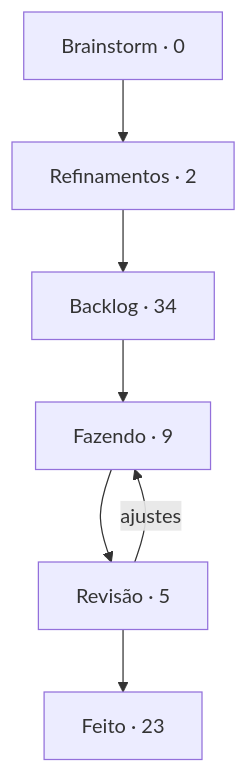
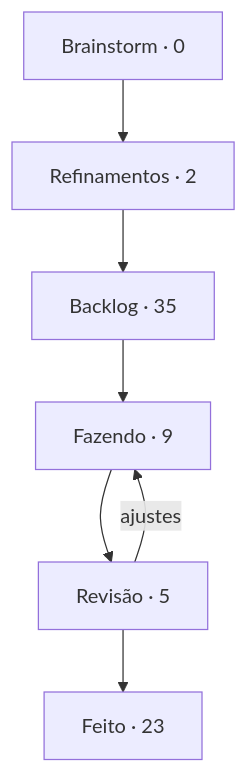
The diagram in boards/dungeon-bend/BOARD.md (StudioVibi/VibiKanban), drawn with Mermaid before and after one commit. The commit also changed other lines of this file and 3 other files, not shown here.

````diff
--- a/boards/dungeon-bend/BOARD.md
+++ b/boards/dungeon-bend/BOARD.md
@@ -5,12 +5,12 @@
 ```mermaid
 flowchart TD
   brainstorm["Brainstorm · 0"] --> refinamentos["Refinamentos · 2"]
-  refinamentos --> backlog["Backlog · 34"]
+  refinamentos --> backlog["Backlog · 35"]
   backlog --> doing["Fazendo · 9"]
   doing --> review["Revisão · 5"]
   review --> done["Feito · 23"]
   review -->|ajustes| doing
   doing:::blue
   review:::yellow
   done:::green
 ```
````
